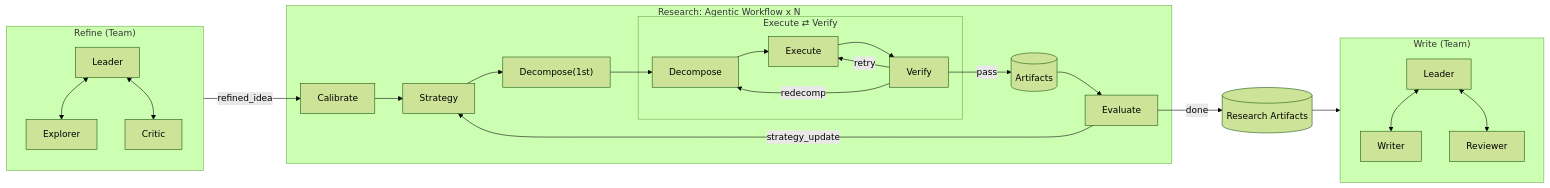
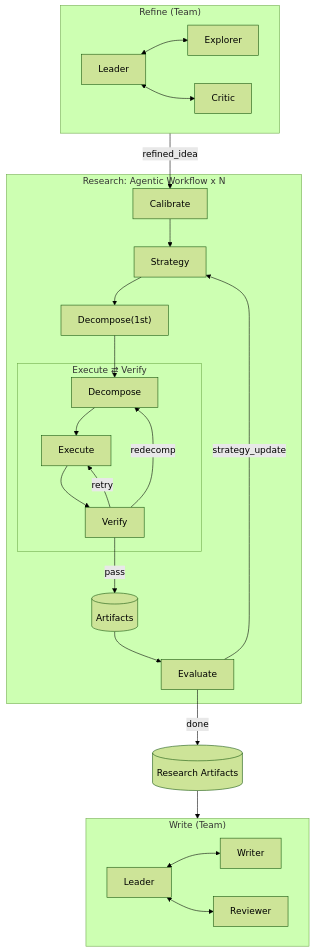
The diagram in docs/CN/architecture.md (dozybot001/maars), drawn with Mermaid (forest theme) before and after one commit. The commit also changed other lines of this file and 2 other files, not shown here.

First line of the commit message:
docs: reorganize architecture doc and align README with codebase

````diff
--- a/docs/CN/architecture.md
+++ b/docs/CN/architecture.md
@@ -45,34 +35,34 @@
 ```mermaid
-flowchart LR
+flowchart TB
     subgraph Refine ["Refine (Team)"]
         RL[Leader] <--> RE[Explorer]
         RL <--> RC[Critic]
     end
 
     Refine -- "refined_idea" --> Calibrate
 
     subgraph Research ["Research: Agentic Workflow x N"]
         Calibrate --> Strategy
         Strategy --> D1["Decompose(1st)"]
         D1 --> Decompose
 
         subgraph Loop ["Execute ⇄ Verify"]
             Decompose --> Execute
             Execute --> Verify
             Verify -- "retry" --> Execute
             Verify -- "redecomp" --> Decompose
         end
 
         Verify -- "pass" --> Artifacts[(Artifacts)]
         Artifacts --> Evaluate
         Evaluate -- "strategy_update" --> Strategy
     end
 
     Evaluate -- "done" --> RArt[(Research Artifacts)]
     RArt --> Write
 
     subgraph Write ["Write (Team)"]
         WL[Leader] <--> WW[Writer]
         WL <--> WR[Reviewer]
     end
 ```
````
